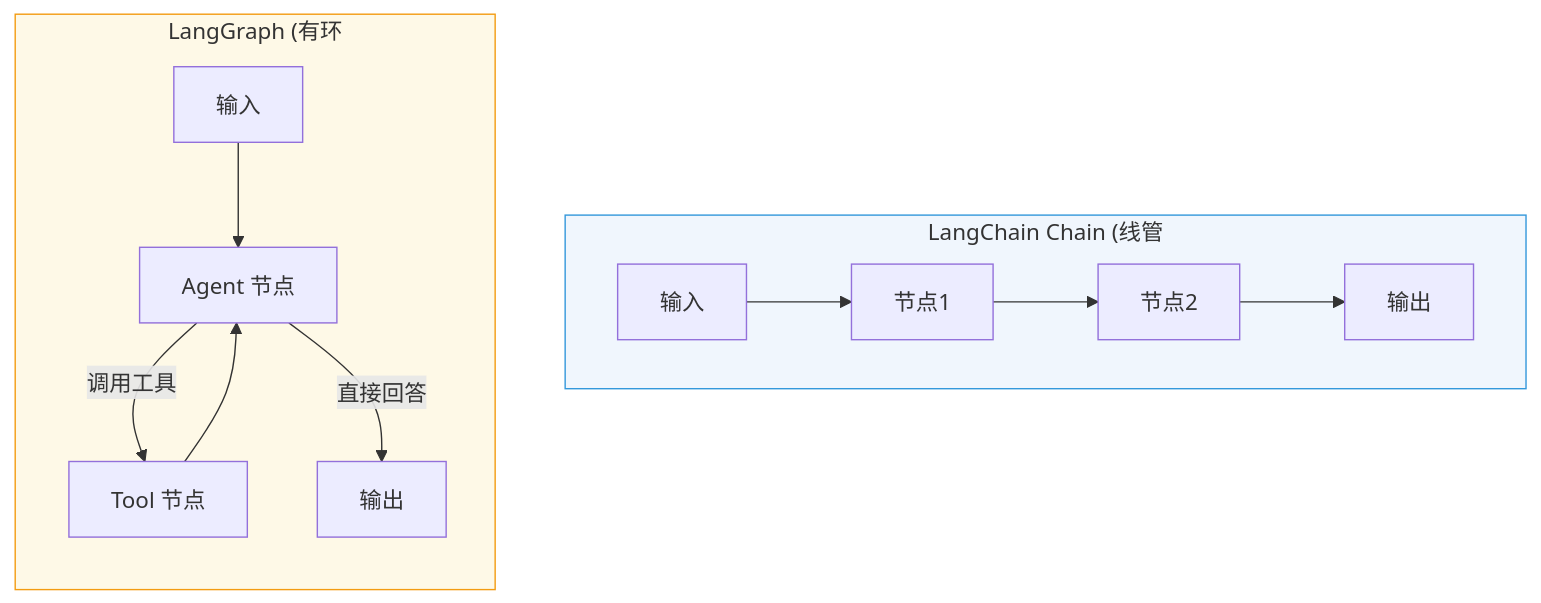
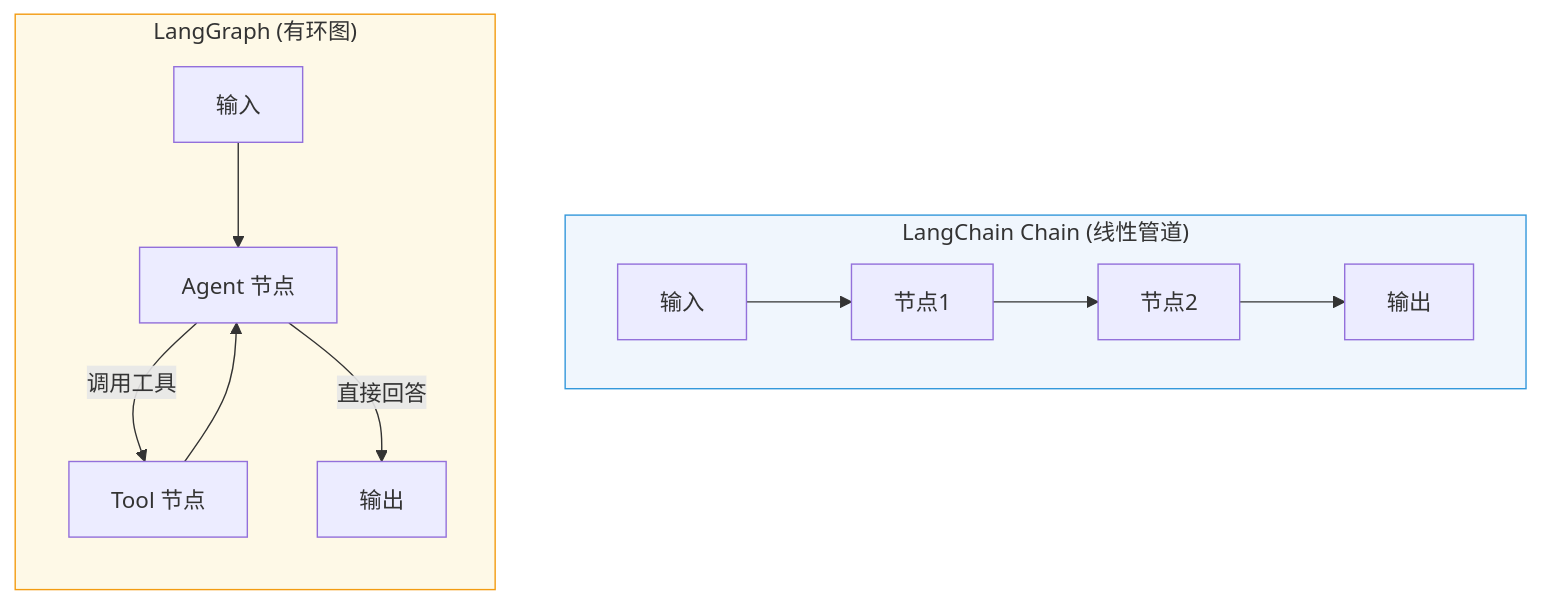
One commit to shuh-ai/agent-dev-guide changed the first of 5 diagrams in 02-开发框架与平台/LangGraph/01-LangGraph入门.md. Above: the diagram before and after it, drawn with Mermaid. The commit also changed other lines of this file and 9 other files, not shown here.

Commit message:
fix：细化核心图表及相关描述，提升逻辑清晰度

````diff
--- a/02-开发框架与平台/LangGraph/01-LangGraph入门.md
+++ b/02-开发框架与平台/LangGraph/01-LangGraph入门.md
@@ -35,18 +34,18 @@
 ```mermaid
 graph TD
-    subgraph LC["LangChain Chain (线管"]
+    subgraph LC["LangChain Chain (线性管道)"]
         direction LR
         A[输入] --> B[节点1] --> C[节点2] --> D[输出]
     end
 
-    subgraph LG["LangGraph (有环"]
+    subgraph LG["LangGraph (有环图)"]
         direction TB
         E[输入] --> F[Agent 节点]
         F -->|调用工具| G[Tool 节点]
         G --> F
         F -->|直接回答| H[输出]
     end
 
     style LC fill:#f0f6fd,stroke:#3498db
     style LG fill:#fef9e7,stroke:#f39c12
 ```
````
